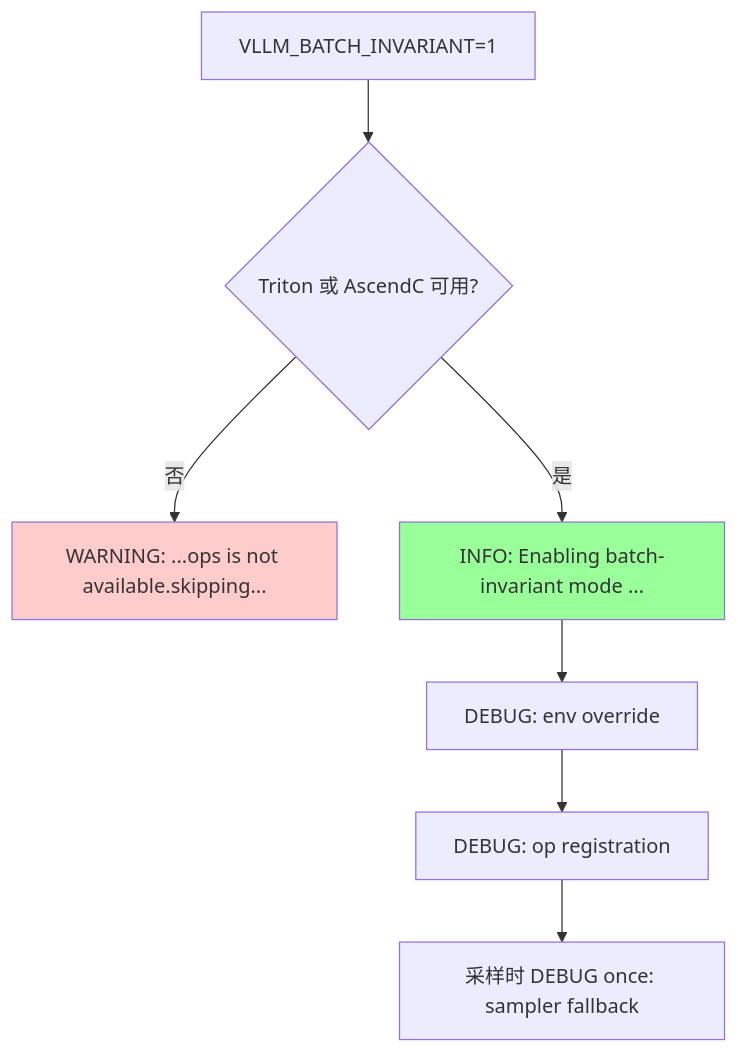
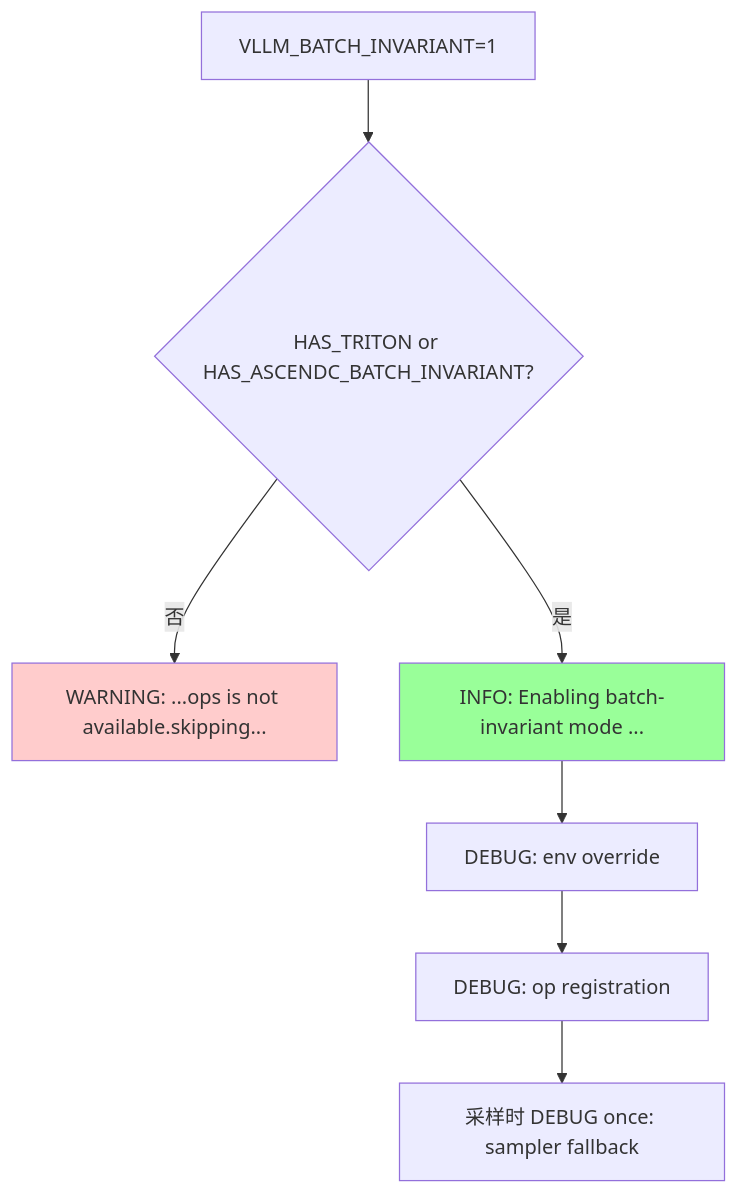
One commit to yjyang62/vllm-ascend changed the second of 5 diagrams in docs/source/developer_guide/performance_and_debug/rl_log_guide.md. Above: the diagram before and after it, drawn with Mermaid. The commit also changed other lines of this file, not shown here.

````diff
--- a/docs/source/developer_guide/performance_and_debug/rl_log_guide.md
+++ b/docs/source/developer_guide/performance_and_debug/rl_log_guide.md
@@ -245,11 +254,11 @@
 ```mermaid
 flowchart TD
-    A["VLLM_BATCH_INVARIANT=1"] --> B{"Triton 或 AscendC 可用?"}
+    A["VLLM_BATCH_INVARIANT=1"] --> B{"HAS_TRITON or HAS_ASCENDC_BATCH_INVARIANT?"}
     B -- 否 --> C["WARNING: ...ops is not available.skipping..."]
     B -- 是 --> D["INFO: Enabling batch-invariant mode ..."]
     D --> E["DEBUG: env override"]
     E --> F["DEBUG: op registration"]
     F --> G["采样时 DEBUG once: sampler fallback"]
     style C fill:#ffcccc
     style D fill:#99ff99
 ```
````
